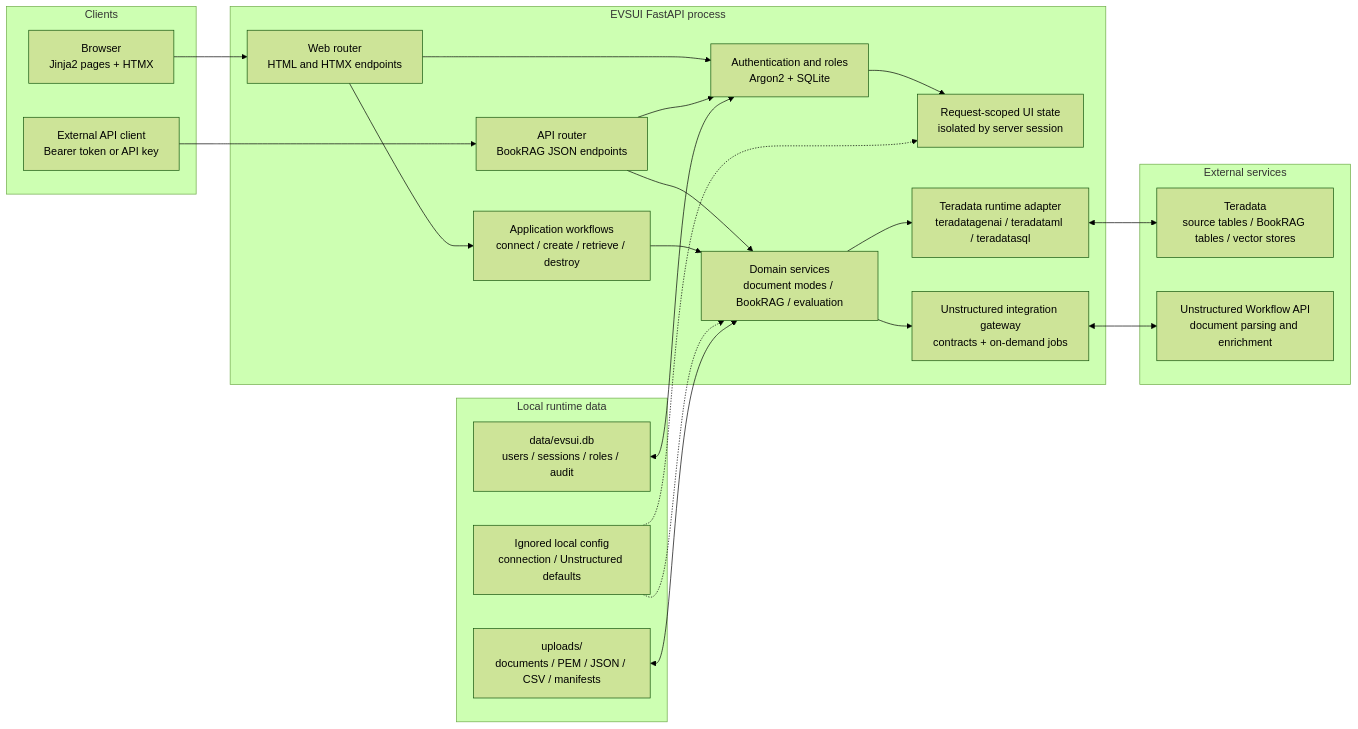
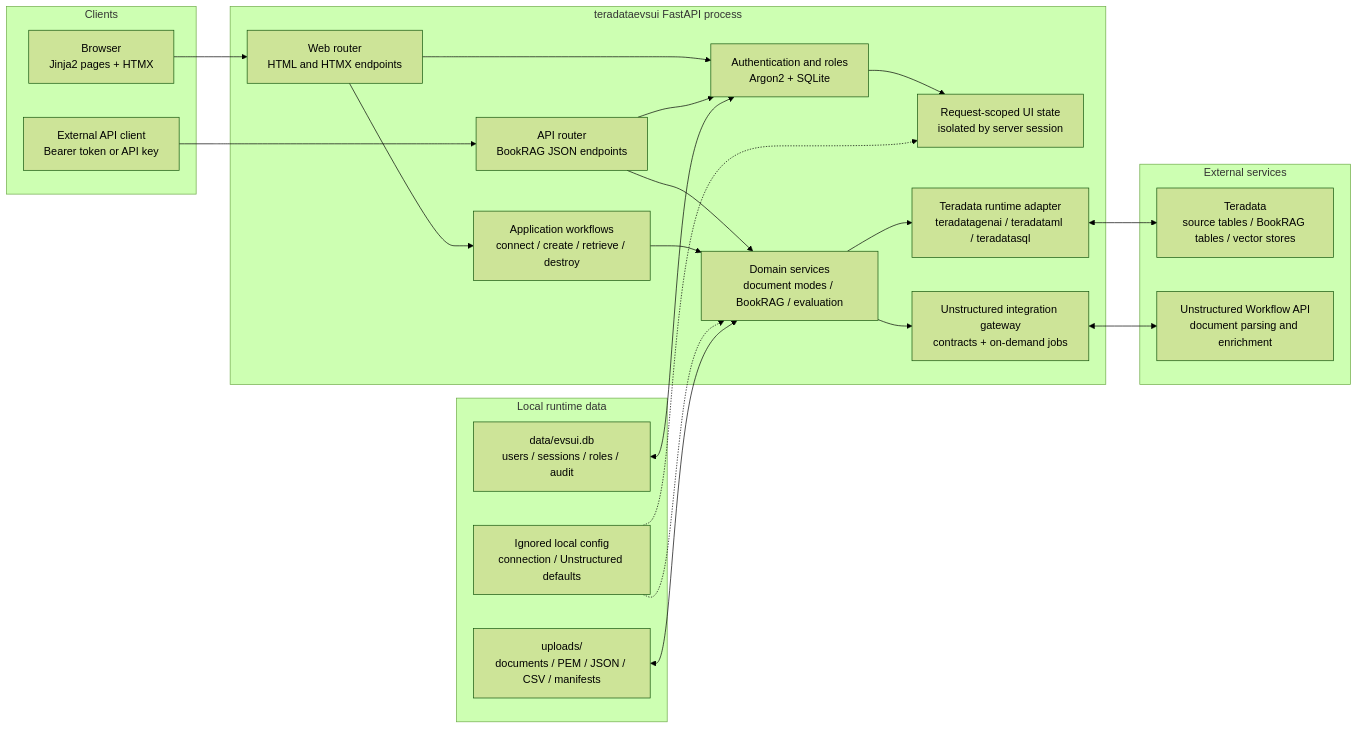
One commit to xuhaibintd/EVSUI changed the first of 4 diagrams in README.md. Above: the diagram before and after it, drawn with Mermaid (forest theme). The commit also changed other lines of this file and 87 other files, not shown here.

````diff
--- a/README.md
+++ b/README.md
@@ -204,47 +228,47 @@
 ```mermaid
 flowchart LR
     subgraph Clients["Clients"]
         Browser["Browser<br/>Jinja2 pages + HTMX"]
         ApiClient["External API client<br/>Bearer token or API key"]
     end
 
-    subgraph App["EVSUI FastAPI process"]
+    subgraph App["teradataevsui FastAPI process"]
         Web["Web router<br/>HTML and HTMX endpoints"]
         API["API router<br/>BookRAG JSON endpoints"]
         Auth["Authentication and roles<br/>Argon2 + SQLite"]
         Session["Request-scoped UI state<br/>isolated by server session"]
         Flow["Application workflows<br/>connect / create / retrieve / destroy"]
         Service["Domain services<br/>document modes / BookRAG / evaluation"]
         TDAdapter["Teradata runtime adapter<br/>teradatagenai / teradataml / teradatasql"]
         USAdapter["Unstructured integration gateway<br/>contracts + on-demand jobs"]
 
         Web --> Auth
         API --> Auth
         Auth --> Session
         Web --> Flow
         API --> Service
         Flow --> Service
         Service --> TDAdapter
         Service --> USAdapter
     end
 
     subgraph Local["Local runtime data"]
         AuthDB["data/evsui.db<br/>users / sessions / roles / audit"]
         Config["Ignored local config<br/>connection / Unstructured defaults"]
         Files["uploads/<br/>documents / PEM / JSON / CSV / manifests"]
     end
 
     subgraph External["External services"]
         TD["Teradata<br/>source tables / BookRAG tables / vector stores"]
         US["Unstructured Workflow API<br/>document parsing and enrichment"]
     end
 
     Browser --> Web
     ApiClient --> API
     AuthDB <--> Auth
     Config -.-> Session
     Config -.-> Service
     Files <--> Service
     TDAdapter <--> TD
     USAdapter <--> US
 ```
````
